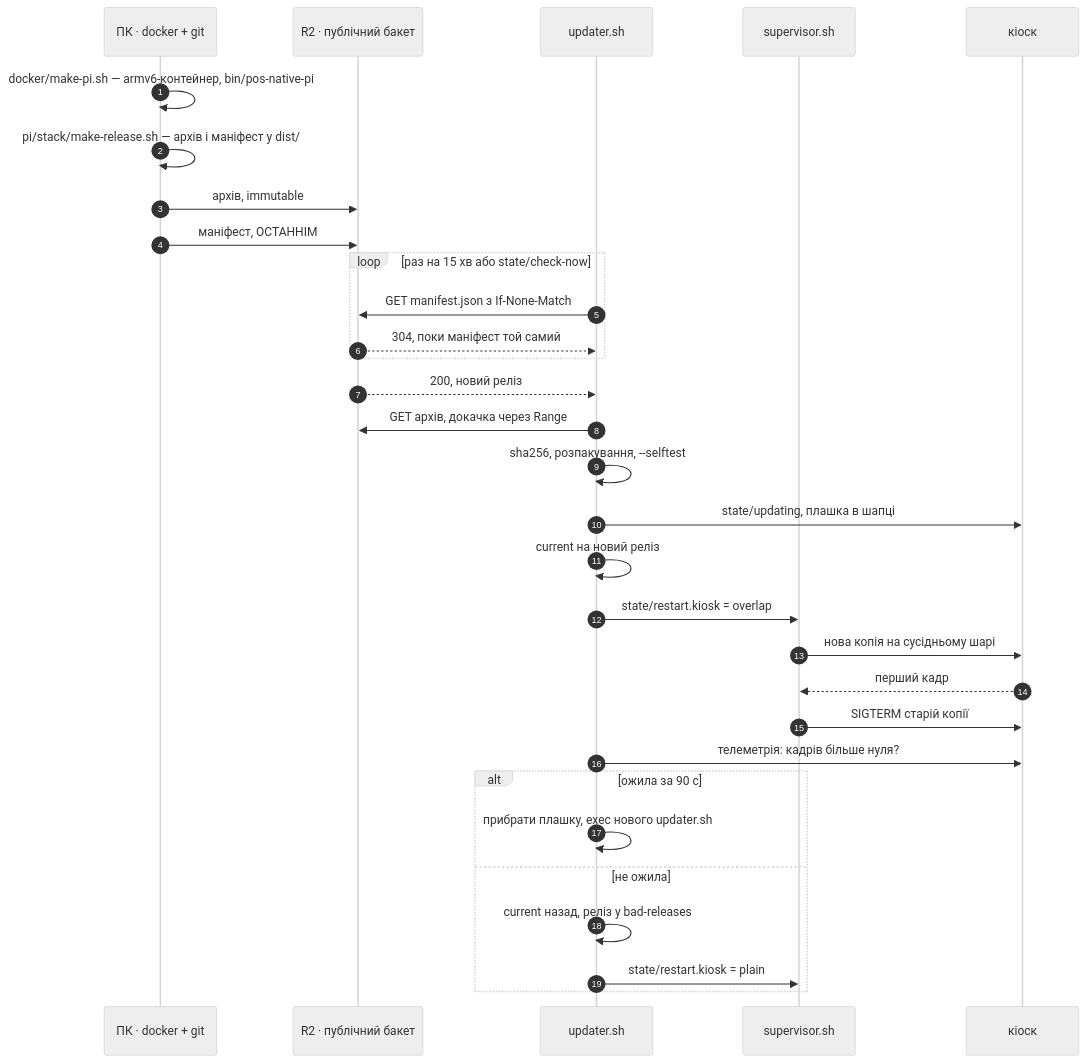
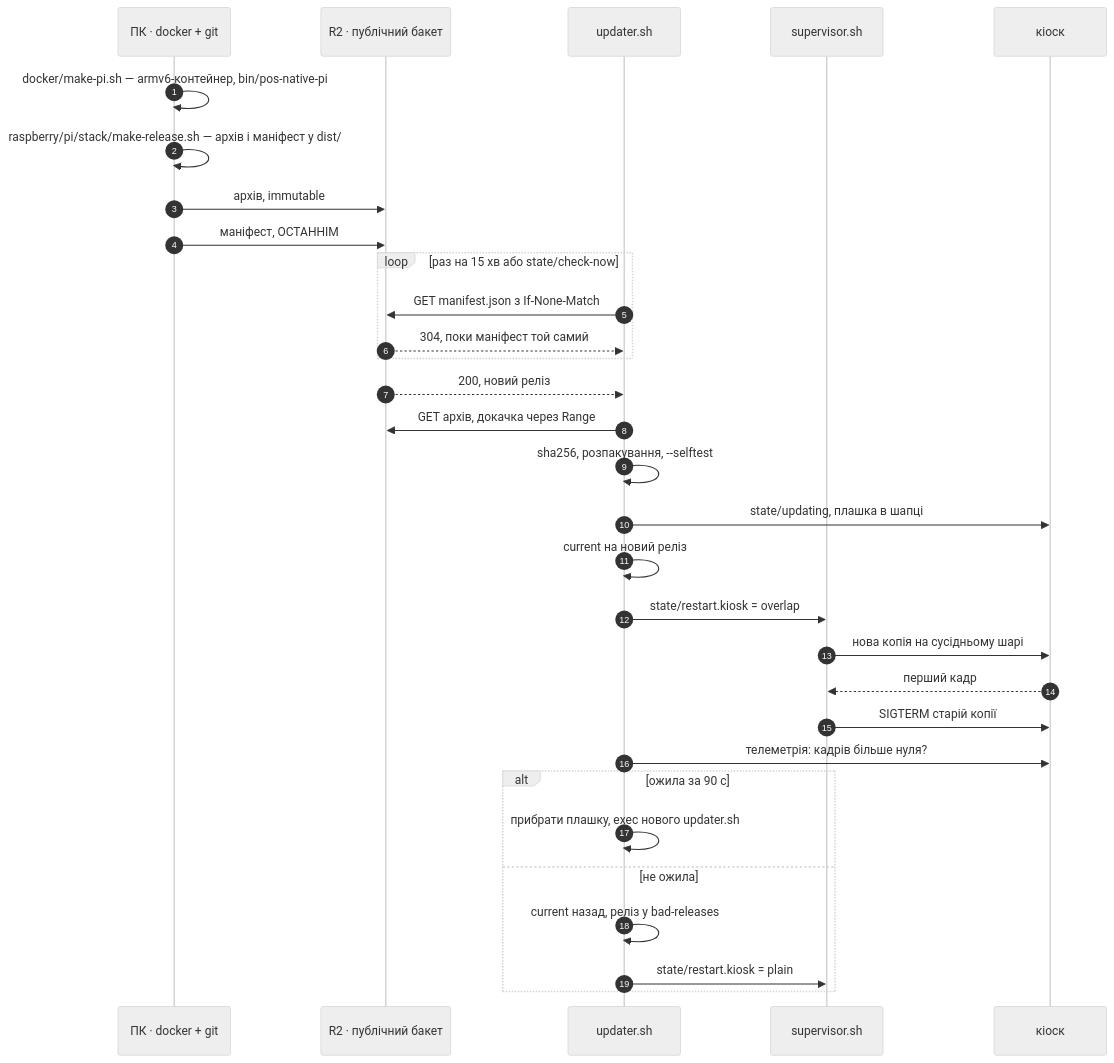
Before and after one commit to arsengoian/extrovert.cafe: the second of 2 diagrams in docs/raspberry-pi.md, drawn with Mermaid (neutral theme). The commit also changed other lines of this file and 533 other files, not shown here.

````diff
--- a/docs/raspberry-pi.md
+++ b/docs/raspberry-pi.md
@@ -207,34 +207,34 @@
 ```mermaid
 sequenceDiagram
   autonumber
   participant PC as ПК · docker + git
   participant R2 as R2 · публічний бакет
   participant U as updater.sh
   participant S as supervisor.sh
   participant K as кіоск
 
   PC->>PC: docker/make-pi.sh — armv6-контейнер, bin/pos-native-pi
-  PC->>PC: pi/stack/make-release.sh — архів і маніфест у dist/
+  PC->>PC: raspberry/pi/stack/make-release.sh — архів і маніфест у dist/
   PC->>R2: архів, immutable
   PC->>R2: маніфест, ОСТАННІМ
   loop раз на 15 хв або state/check-now
     U->>R2: GET manifest.json з If-None-Match
     R2-->>U: 304, поки маніфест той самий
   end
   R2-->>U: 200, новий реліз
   U->>R2: GET архів, докачка через Range
   U->>U: sha256, розпакування, --selftest
   U->>K: state/updating, плашка в шапці
   U->>U: current на новий реліз
   U->>S: state/restart.kiosk = overlap
   S->>K: нова копія на сусідньому шарі
   K-->>S: перший кадр
   S->>K: SIGTERM старій копії
   U->>K: телеметрія: кадрів більше нуля?
   alt ожила за 90 с
     U->>U: прибрати плашку, exec нового updater.sh
   else не ожила
     U->>U: current назад, реліз у bad-releases
     U->>S: state/restart.kiosk = plain
   end
 ```
````
